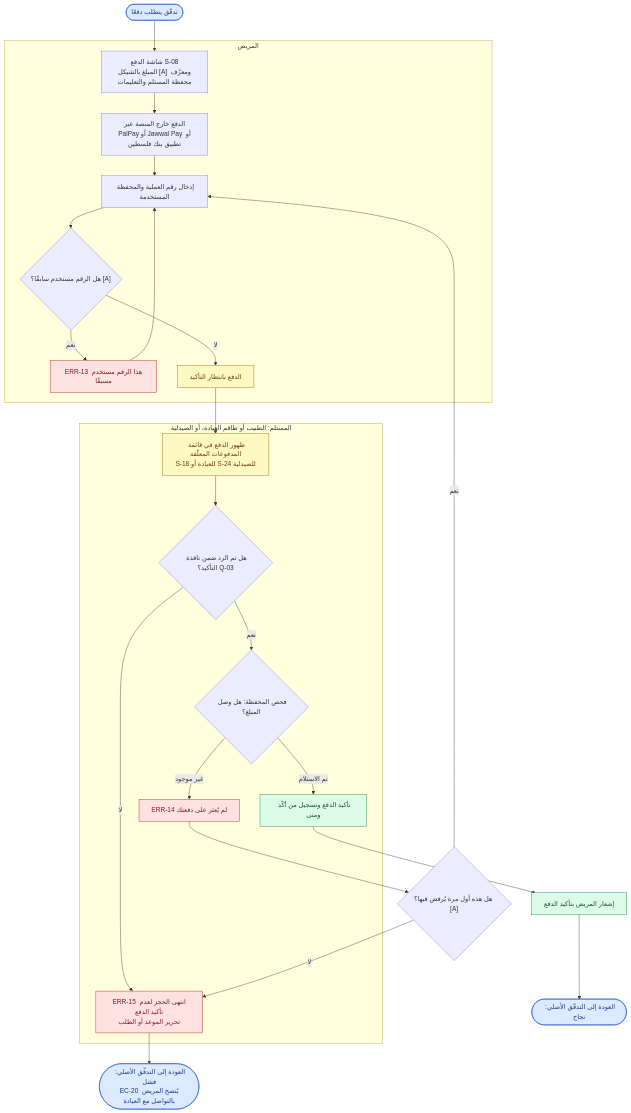
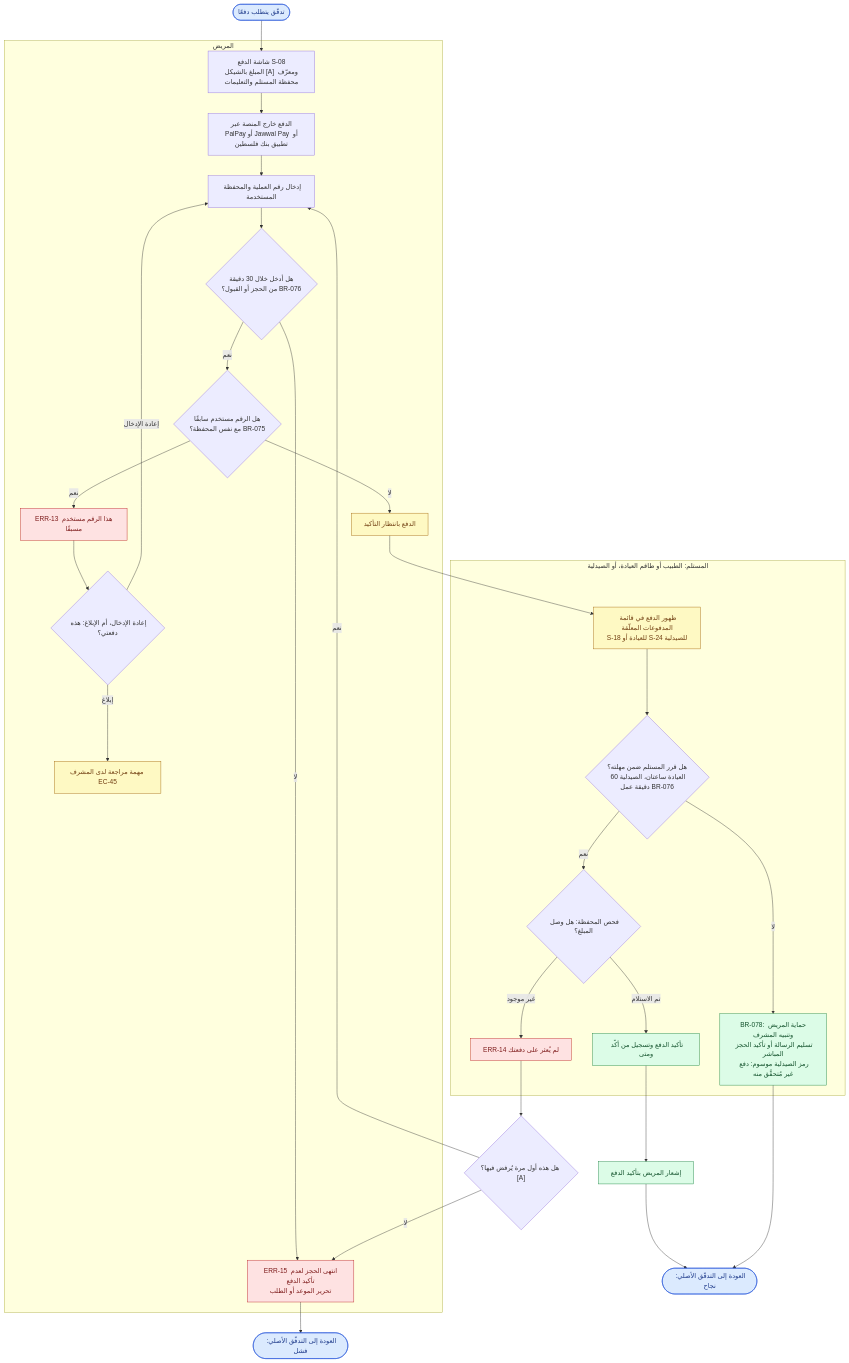
Before and after one commit to foxamoca/iltiam: the sixth of 12 diagrams in docs/user-flow.ar.md, drawn with Mermaid. The commit also changed other lines of this file and 6 other files, not shown here.

Commit message:
docs: update PRD (Arabic + PDFs), user flows and UI/UX to v1.1

````diff
--- a/docs/user-flow.ar.md
+++ b/docs/user-flow.ar.md
@@ -381,40 +396,45 @@
 ```mermaid
 flowchart TD
     START(["تدفّق يتطلب دفعًا"]) --> SHOW
 
     subgraph PATIENT["المريض"]
         SHOW["شاشة الدفع S-08<br/>المبلغ بالشيكل [A] ومعرّف محفظة المستلم والتعليمات"]
         SHOW --> EXT["الدفع خارج المنصة عبر<br/>PalPay أو Jawwal Pay أو تطبيق بنك فلسطين"]
         EXT --> REFIN["إدخال رقم العملية والمحفظة المستخدمة"]
-        REFIN --> USED{"هل الرقم مستخدم سابقًا؟ [A]"}
+        REFIN --> INTIME{"هل أُدخل خلال 30 دقيقة<br/>من الحجز أو القبول؟ BR-076"}
+        INTIME -->|"لا"| ERR15
+        INTIME -->|"نعم"| USED{"هل الرقم مستخدم سابقًا<br/>مع نفس المحفظة؟ BR-075"}
         USED -->|"نعم"| ERR13["ERR-13 هذا الرقم مستخدم مسبقًا"]
-        ERR13 --> REFIN
+        ERR13 --> FLAGQ{"إعادة الإدخال، أم الإبلاغ: هذه دفعتي؟"}
+        FLAGQ -->|"إعادة الإدخال"| REFIN
+        FLAGQ -->|"إبلاغ"| ADMR["مهمة مراجعة لدى المشرف EC-45"]
         USED -->|"لا"| PEND["الدفع بانتظار التأكيد"]
     end
 
     subgraph RECIPIENT["المستلم: الطبيب أو طاقم العيادة، أو الصيدلية"]
         PEND --> QUEUE["ظهور الدفع في قائمة المدفوعات المعلّقة<br/>S-18 للعيادة أو S-24 للصيدلية"]
-        QUEUE --> INWIN{"هل تم الرد ضمن نافذة التأكيد؟ Q-03"}
-        INWIN -->|"لا"| ERR15["ERR-15 انتهى الحجز لعدم تأكيد الدفع<br/>تحرير الموعد أو الطلب"]
+        QUEUE --> INWIN{"هل قرر المستلم ضمن مهلته؟<br/>العيادة ساعتان، الصيدلية 60 دقيقة عمل BR-076"}
+        INWIN -->|"لا"| DEEMED["BR-078: حماية المريض وتنبيه المشرف<br/>تسليم الرسالة أو تأكيد الحجز المباشر<br/>رمز الصيدلية موسوم: دفع غير مُتحقَّق منه"]
         INWIN -->|"نعم"| CHECK{"فحص المحفظة: هل وصل المبلغ؟"}
         CHECK -->|"تم الاستلام"| OK["تأكيد الدفع وتسجيل من أكّد ومتى"]
         CHECK -->|"غير موجود"| ERR14["ERR-14 لم يُعثر على دفعتك"]
     end
 
     ERR14 --> FIRST{"هل هذه أول مرة يُرفض فيها؟ [A]"}
     FIRST -->|"نعم"| REFIN
-    FIRST -->|"لا"| ERR15
+    FIRST -->|"لا"| ERR15["ERR-15 انتهى الحجز لعدم تأكيد الدفع<br/>تحرير الموعد أو الطلب"]
 
     OK --> NOTIF["إشعار المريض بتأكيد الدفع"]
     NOTIF --> BACK(["العودة إلى التدفّق الأصلي: نجاح"])
-    ERR15 --> FAILX(["العودة إلى التدفّق الأصلي: فشل<br/>EC-20 يُنصح المريض بالتواصل مع العيادة"])
+    DEEMED --> BACK
+    ERR15 --> FAILX(["العودة إلى التدفّق الأصلي: فشل"])
 
     classDef entry fill:#dbeafe,stroke:#1d4ed8,color:#1e3a8a
     classDef success fill:#dcfce7,stroke:#15803d,color:#14532d
     classDef error fill:#fee2e2,stroke:#b91c1c,color:#7f1d1d
     classDef pending fill:#fef9c3,stroke:#a16207,color:#713f12
     class START,BACK,FAILX entry
-    class OK,NOTIF success
+    class OK,NOTIF,DEEMED success
     class ERR13,ERR14,ERR15 error
-    class PEND,QUEUE pending
+    class PEND,QUEUE,ADMR pending
 ```
````
